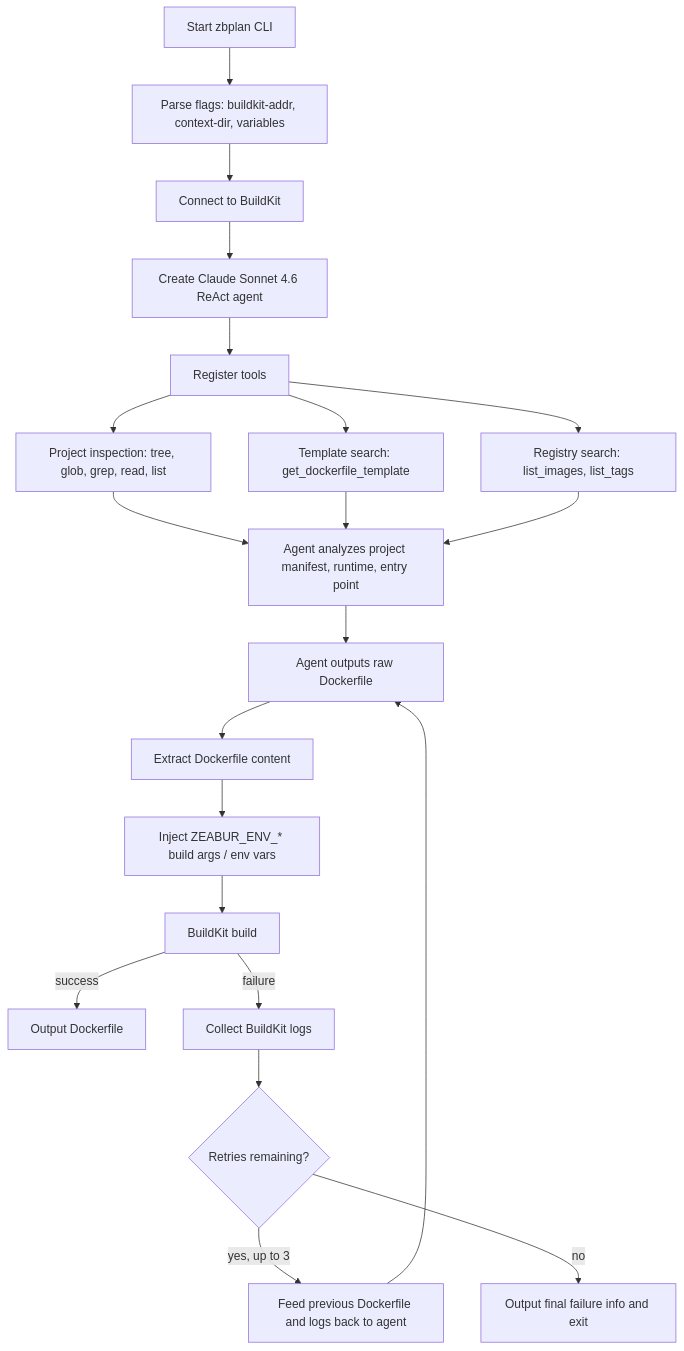
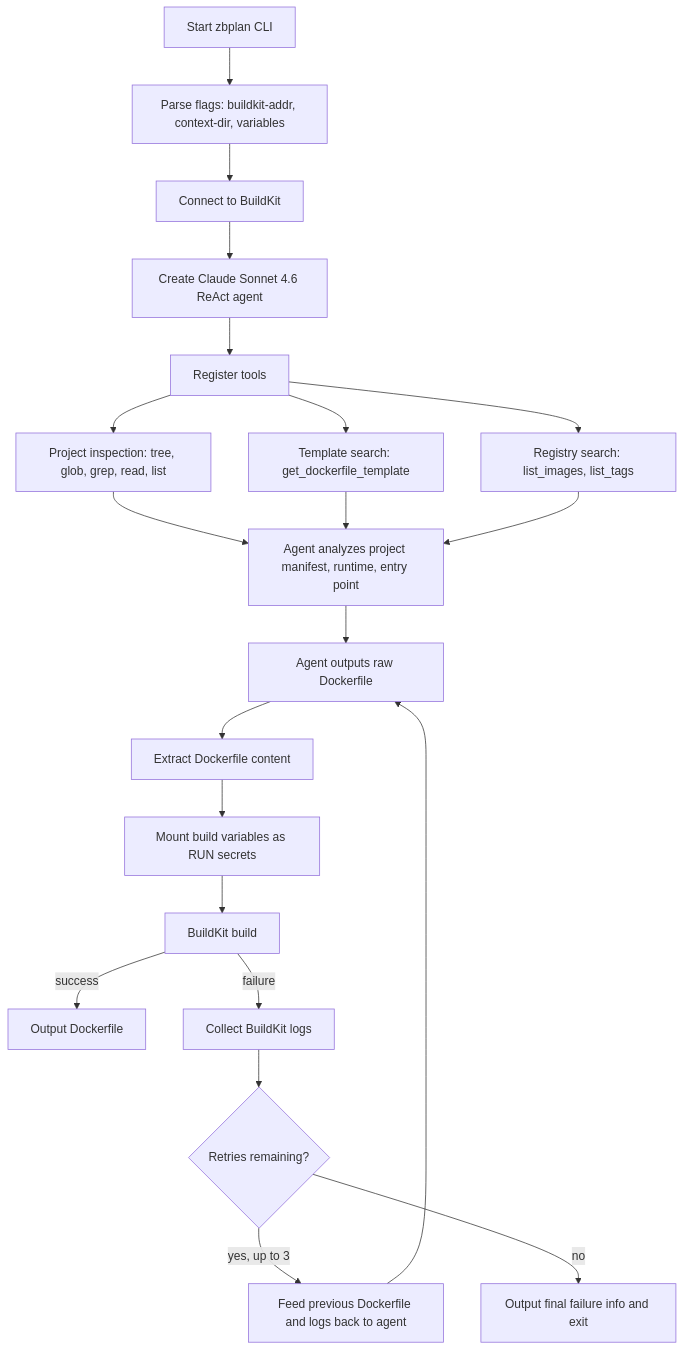
One commit to zeabur/zbplan changed the diagram in README.md. Above: the diagram before and after it, drawn with Mermaid. The commit also changed other lines of this file and 13 other files, not shown here.

````diff
--- a/README.md
+++ b/README.md
@@ -86,27 +86,27 @@
 ```mermaid
 flowchart TD
     A[Start zbplan CLI] --> B[Parse flags: buildkit-addr, context-dir, variables]
     B --> C[Connect to BuildKit]
     C --> D[Create Claude Sonnet 4.6 ReAct agent]
     D --> E[Register tools]
 
     E --> E1[Project inspection: tree, glob, grep, read, list]
     E --> E2[Template search: get_dockerfile_template]
     E --> E3[Registry search: list_images, list_tags]
 
     E1 --> F[Agent analyzes project manifest, runtime, entry point]
     E2 --> F
     E3 --> F
 
     F --> G[Agent outputs raw Dockerfile]
     G --> H[Extract Dockerfile content]
-    H --> I[Inject ZEABUR_ENV_* build args / env vars]
+    H --> I[Mount build variables as RUN secrets]
     I --> J[BuildKit build]
 
     J -->|success| K[Output Dockerfile]
     J -->|failure| L[Collect BuildKit logs]
     L --> M{Retries remaining?}
     M -->|yes, up to 3| N[Feed previous Dockerfile and logs back to agent]
     N --> G
     M -->|no| O[Output final failure info and exit]
 ```
````
